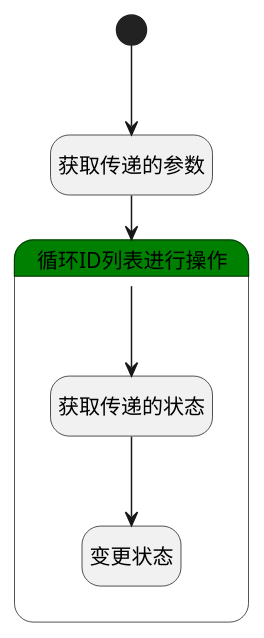
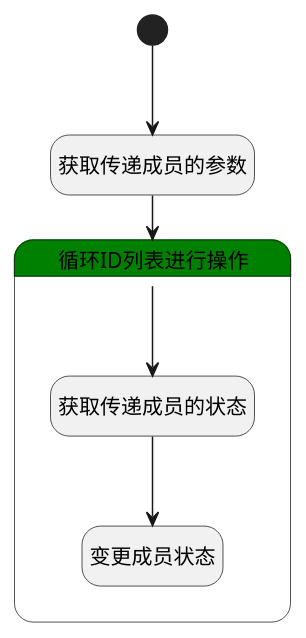
One commit to iBizLab/plm changed the diagram in doc/docsify/module/TestMgmt/library_member/logic/change_role.md. Above: the diagram before and after it, drawn with PlantUML. The commit also changed other lines of this file and 1068 other files, not shown here.

````diff
--- a/doc/docsify/module/TestMgmt/library_member/logic/change_role.md
+++ b/doc/docsify/module/TestMgmt/library_member/logic/change_role.md
@@ -7,26 +7,26 @@
 ```plantuml
 @startuml
 hide empty description
 <style>
 root {
   HyperlinkColor #42b983
 }
 </style>
 
 hide empty description
 state "开始" as Begin <<start>> [[$./change_role#begin {"开始"}]]
-state "获取传递的参数" as BINDPARAM1  [[$./change_role#bindparam1 {"获取传递的参数"}]]
+state "获取传递成员的参数" as BINDPARAM1  [[$./change_role#bindparam1 {"获取传递成员的参数"}]]
 state "循环ID列表进行操作" as LOOPSUBCALL1  [[$./change_role#loopsubcall1 {"循环ID列表进行操作"}]] #green {
-state "获取传递的状态" as PREPAREPARAM2  [[$./change_role#prepareparam2 {"获取传递的状态"}]]
-state "变更状态" as DEACTION1  [[$./change_role#deaction1 {"变更状态"}]]
+state "获取传递成员的状态" as PREPAREPARAM2  [[$./change_role#prepareparam2 {"获取传递成员的状态"}]]
+state "变更成员状态" as DEACTION1  [[$./change_role#deaction1 {"变更成员状态"}]]
 }
 
 
 Begin --> BINDPARAM1
 BINDPARAM1 --> LOOPSUBCALL1
 LOOPSUBCALL1 --> PREPAREPARAM2
 PREPAREPARAM2 --> DEACTION1
 
 
 @enduml
 ```
````
